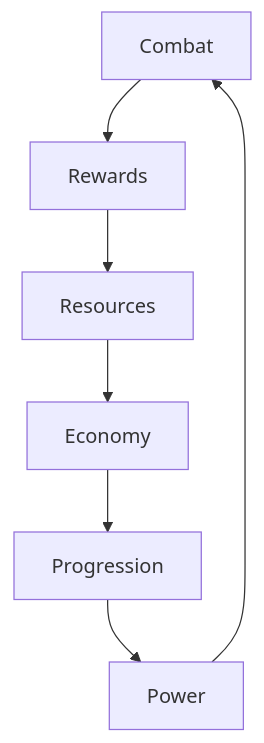
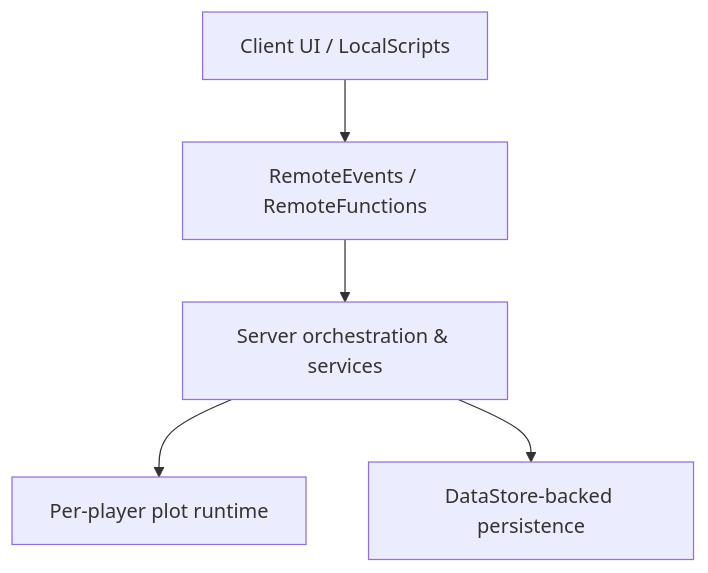
The second of 2 diagrams in README.md (Pval-Dev/Idle-Boss-Fighters), drawn with Mermaid before and after one commit. The commit also changed other lines of this file and 8 other files, not shown here.

````diff
--- a/README.md
+++ b/README.md
@@ -111,27 +42,13 @@
 ```mermaid
 flowchart TD
+    Client["Client UI / LocalScripts"]
+    Remote["RemoteEvents / RemoteFunctions"]
+    Server["Server orchestration & services"]
+    Runtime["Per-player plot runtime"]
+    Persistence["DataStore-backed persistence"]
 
-Combat["Combat"]
-
-Rewards["Rewards"]
-
-Resources["Resources"]
-
-Economy["Economy"]
-
-Progression["Progression"]
-
-Power["Power"]
-
-Combat --> Rewards
-
-Rewards --> Resources
-
-Resources --> Economy
-
-Economy --> Progression
-
-Progression --> Power
-
-Power --> Combat
+    Client --> Remote
+    Remote --> Server
+    Server --> Runtime
+    Server --> Persistence
 ```
````
